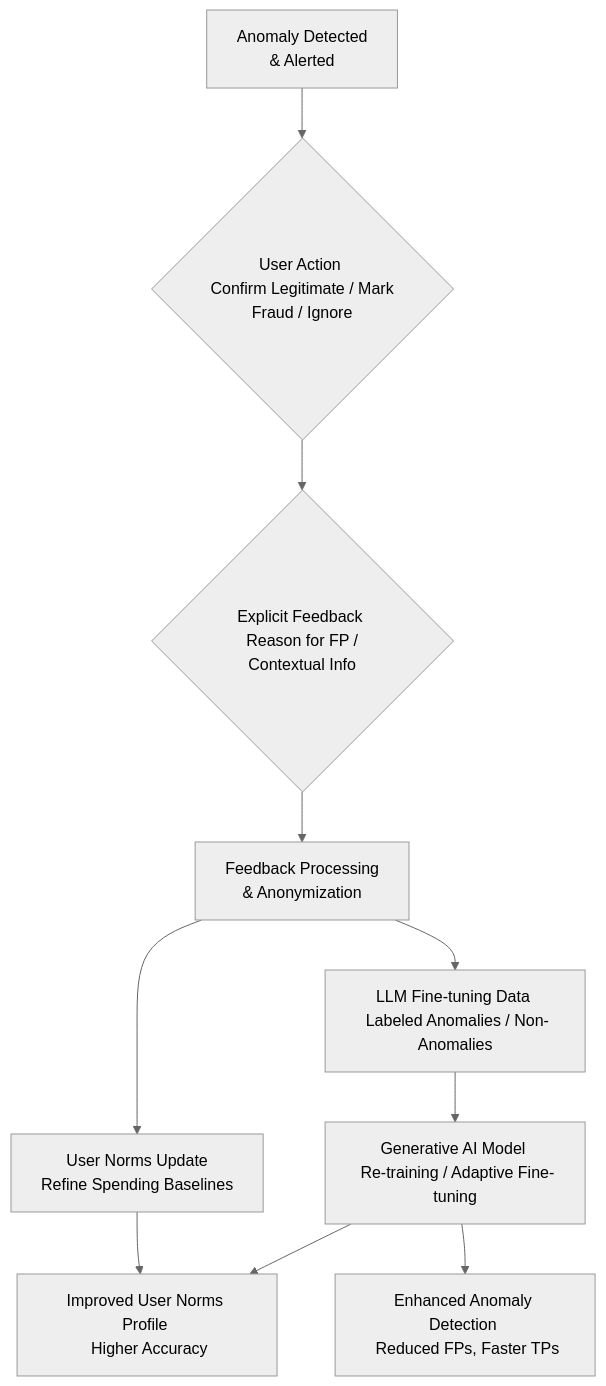
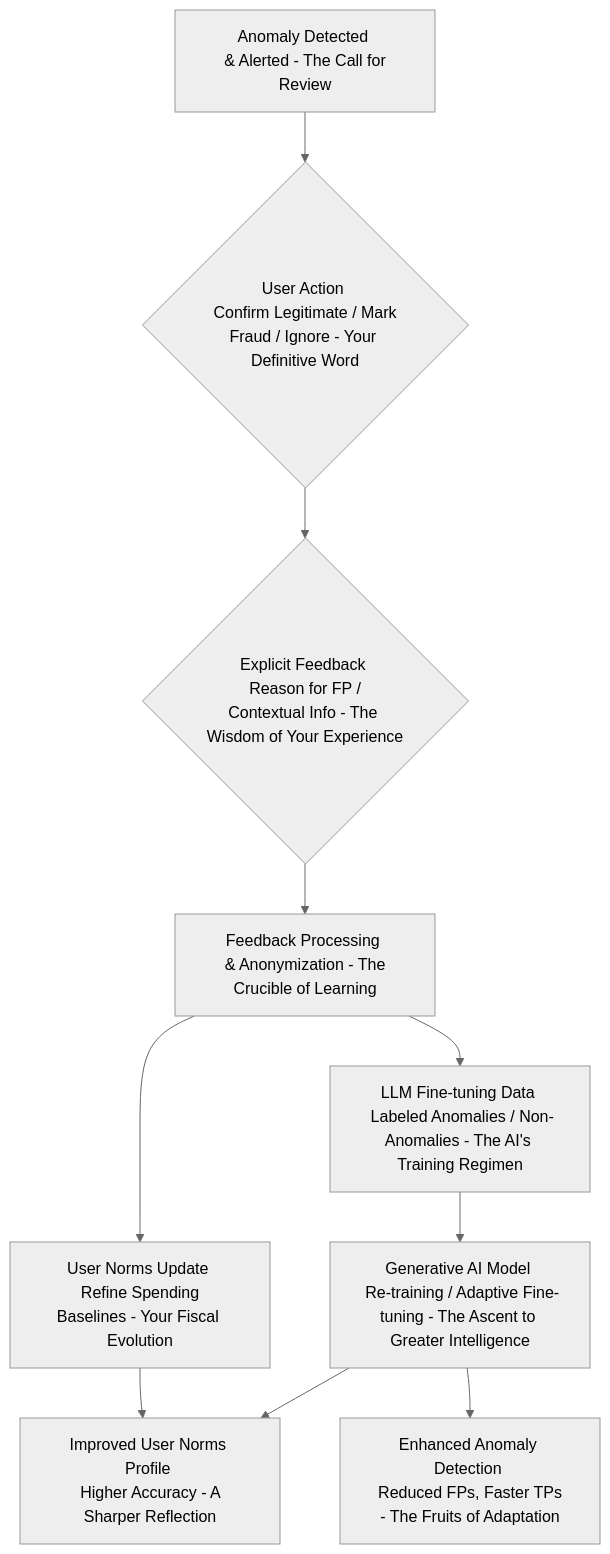
Before and after one commit to diplomat-bit/Citibank_Demo_Business_Inc_Demonstration-: the tenth of 10 diagrams in inventions/inventions/006_ai_subscription_detection/009_ai_financial_anomaly_detection.md, drawn with Mermaid (neutral theme). The commit also changed other lines of this file, not shown here.

````diff
--- a/inventions/inventions/006_ai_subscription_detection/009_ai_financial_anomaly_detection.md
+++ b/inventions/inventions/006_ai_subscription_detection/009_ai_financial_anomaly_detection.md
@@ -344,12 +344,12 @@
 ```mermaid
 graph TD
-    A[Anomaly Detected <br/> & Alerted] --> B{User Action <br/> Confirm Legitimate / Mark Fraud / Ignore}
-    B --> C{Explicit Feedback <br/> Reason for FP / Contextual Info}
-    C --> D[Feedback Processing <br/> & Anonymization]
-    D --> E[User Norms Update <br/> Refine Spending Baselines]
-    D --> F[LLM Fine-tuning Data <br/> Labeled Anomalies / Non-Anomalies]
-    E --> G[Improved User Norms Profile <br/> Higher Accuracy]
-    F --> H[Generative AI Model <br/> Re-training / Adaptive Fine-tuning]
+    A[Anomaly Detected <br/> & Alerted - The Call for Review] --> B{User Action <br/> Confirm Legitimate / Mark Fraud / Ignore - Your Definitive Word}
+    B --> C{Explicit Feedback <br/> Reason for FP / Contextual Info - The Wisdom of Your Experience}
+    C --> D[Feedback Processing <br/> & Anonymization - The Crucible of Learning]
+    D --> E[User Norms Update <br/> Refine Spending Baselines - Your Fiscal Evolution]
+    D --> F[LLM Fine-tuning Data <br/> Labeled Anomalies / Non-Anomalies - The AI's Training Regimen]
+    E --> G[Improved User Norms Profile <br/> Higher Accuracy - A Sharper Reflection]
+    F --> H[Generative AI Model <br/> Re-training / Adaptive Fine-tuning - The Ascent to Greater Intelligence]
     H --> G
-    H --> I[Enhanced Anomaly Detection <br/> Reduced FPs, Faster TPs]
+    H --> I[Enhanced Anomaly Detection <br/> Reduced FPs, Faster TPs - The Fruits of Adaptation]
 ```
````
